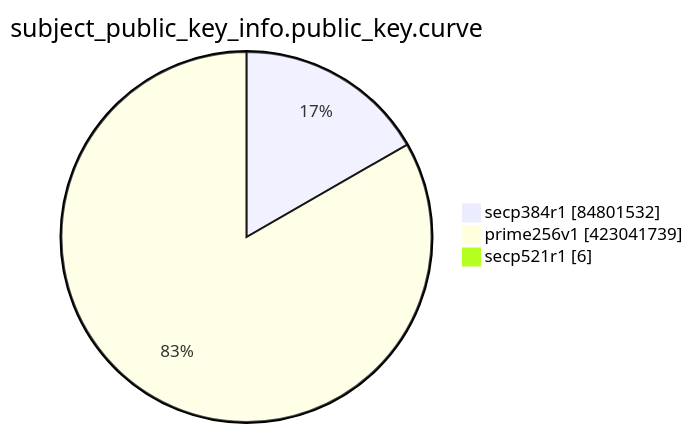
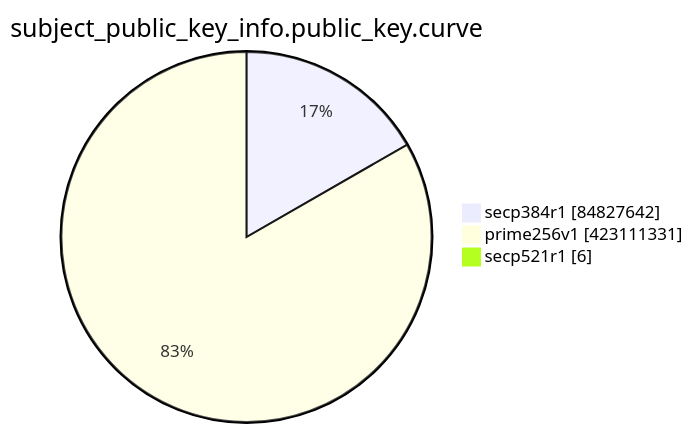
Before and after one commit to christiankrug/ctmonitor_visualization: the eighth of 15 diagrams in TOTAL/README.md, drawn with Mermaid. The commit also changed other lines of this file, not shown here.

````diff
--- a/TOTAL/README.md
+++ b/TOTAL/README.md
@@ -3099,7 +3099,7 @@
 ```mermaid
 pie showData
 title subject_public_key_info.public_key.curve
-"secp384r1" :84801532
-"prime256v1" :423041739
+"secp384r1" :84827642
+"prime256v1" :423111331
 "secp521r1" :6
 ```
````
